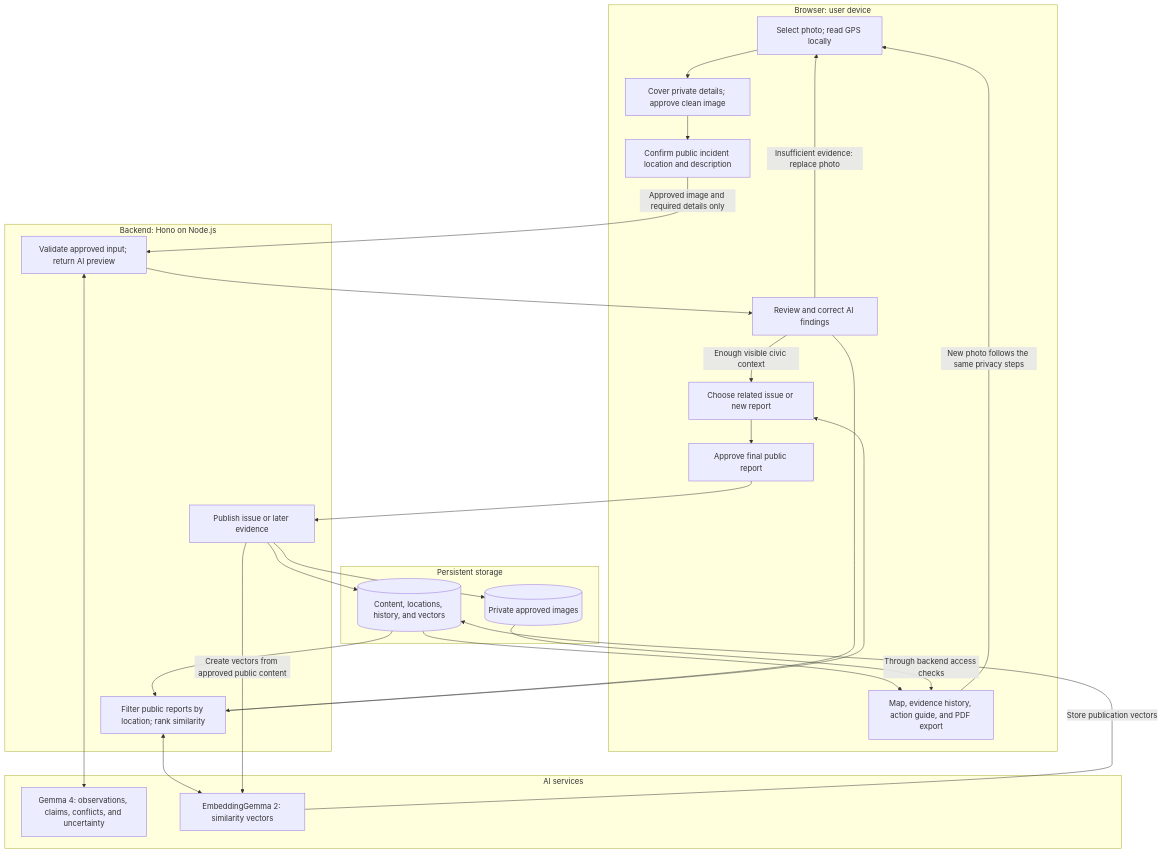
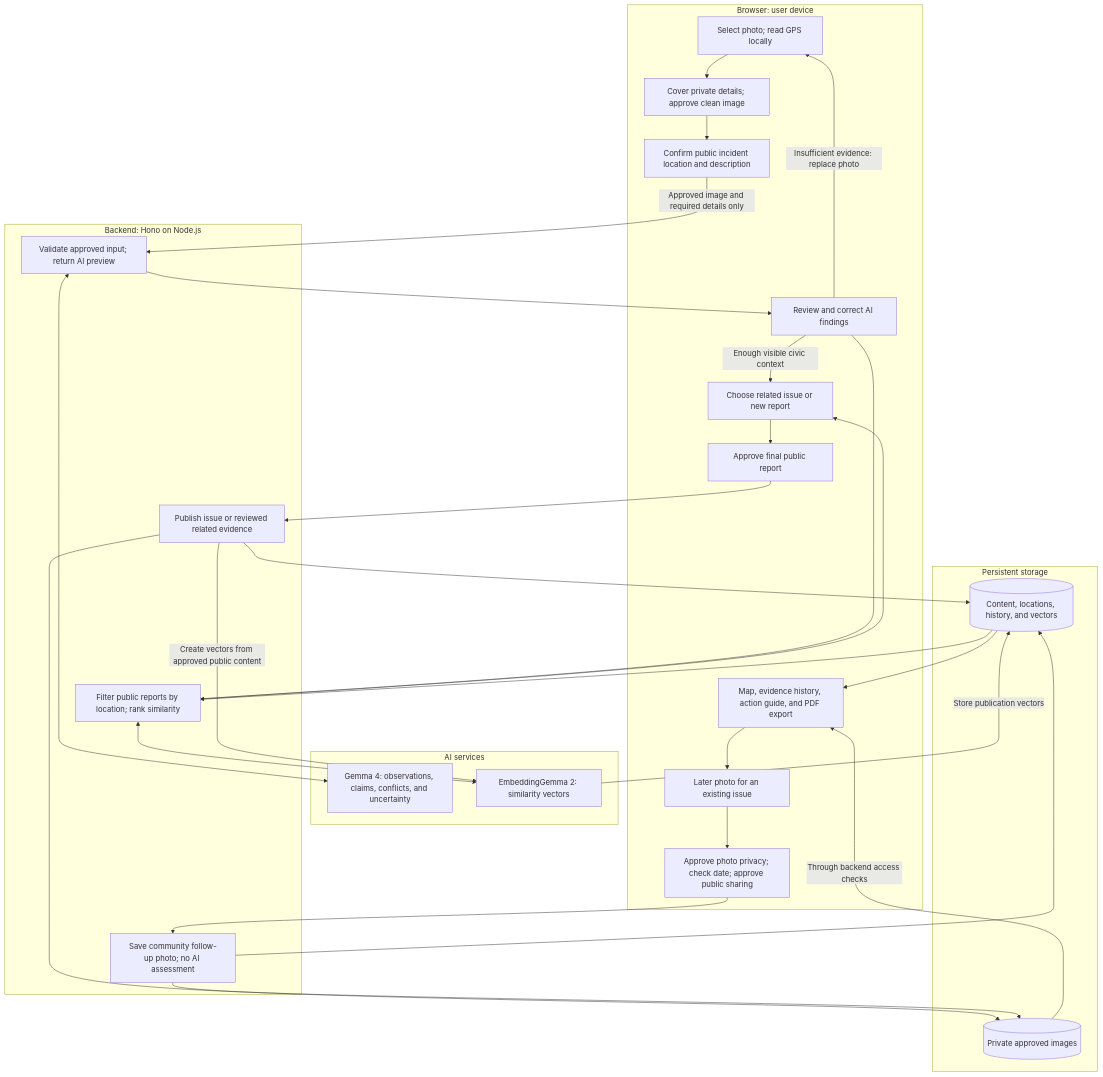
Before and after one commit to sasivarnan/civic-lens: the first of 2 diagrams in WORKFLOW.md, drawn with Mermaid. The commit also changed other lines of this file and 10 other files, not shown here.

Commit message:
feat: simplify follow-up evidence to an approved photo and date

````diff
--- a/WORKFLOW.md
+++ b/WORKFLOW.md
@@ -65,43 +65,50 @@
 ```mermaid
 flowchart TB
     subgraph BROWSER["Browser: user device"]
         PHOTO["Select photo; read GPS locally"]
         PRIVACY["Cover private details; approve clean image"]
         LOCATION["Confirm public incident location and description"]
         REVIEW["Review and correct AI findings"]
         CHOICE["Choose related issue or new report"]
         APPROVE["Approve final public report"]
         VIEW["Map, evidence history, action guide, and PDF export"]
+        FOLLOWUP["Later photo for an existing issue"]
+        FOLLOWCHECK["Approve photo privacy; check date; approve public sharing"]
+        FOLLOWUP --> FOLLOWCHECK
         PHOTO --> PRIVACY --> LOCATION
         REVIEW -->|"Enough visible civic context"| CHOICE --> APPROVE
         REVIEW -->|"Insufficient evidence: replace photo"| PHOTO
     end
     subgraph BACKEND["Backend: Hono on Node.js"]
         ANALYZE["Validate approved input; return AI preview"]
         SEARCH["Filter public reports by location; rank similarity"]
-        PUBLISH["Publish issue or later evidence"]
+        PUBLISH["Publish issue or reviewed related evidence"]
+        ADDPHOTO["Save community follow-up photo; no AI assessment"]
     end
     subgraph AI["AI services"]
         GEMMA["Gemma 4: observations, claims, conflicts, and uncertainty"]
         EMBED["EmbeddingGemma 2: similarity vectors"]
     end
     subgraph DATA["Persistent storage"]
         DB[("Content, locations, history, and vectors")]
         FILES[("Private approved images")]
     end
     LOCATION -->|"Approved image and required details only"| ANALYZE
     ANALYZE <--> GEMMA
     ANALYZE --> REVIEW
     REVIEW --> SEARCH
     SEARCH <--> EMBED
     DB --> SEARCH
     SEARCH --> CHOICE
     APPROVE --> PUBLISH
     PUBLISH --> DB
     PUBLISH --> FILES
     PUBLISH -->|"Create vectors from approved public content"| EMBED
     EMBED -->|"Store publication vectors"| DB
     DB --> VIEW
     FILES -->|"Through backend access checks"| VIEW
-    VIEW -->|"New photo follows the same privacy steps"| PHOTO
+    VIEW --> FOLLOWUP
+    FOLLOWCHECK --> ADDPHOTO
+    ADDPHOTO --> DB
+    ADDPHOTO --> FILES
 ```
````
